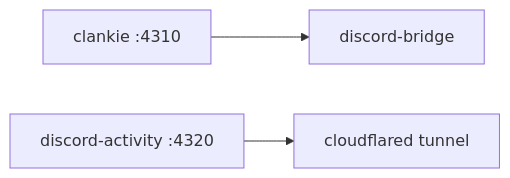
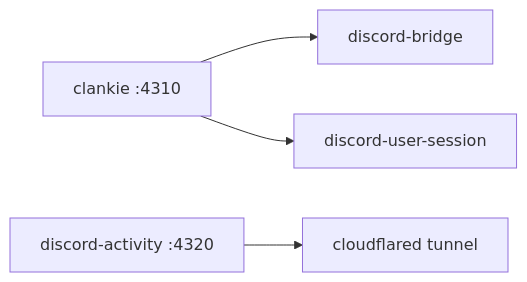
Before and after one commit to Volpestyle/clankie: the diagram in apps/tui/README.md, drawn with Mermaid. The commit also changed other lines of this file and 29 other files, not shown here.

````diff
--- a/apps/tui/README.md
+++ b/apps/tui/README.md
@@ -49,5 +56,6 @@
 ```mermaid
 flowchart LR
   clankie["clankie :4310"] --> bridge["discord-bridge"]
+  clankie --> lab["discord-user-session"]
   activity["discord-activity :4320"] --> tunnel["cloudflared tunnel"]
 ```
````
